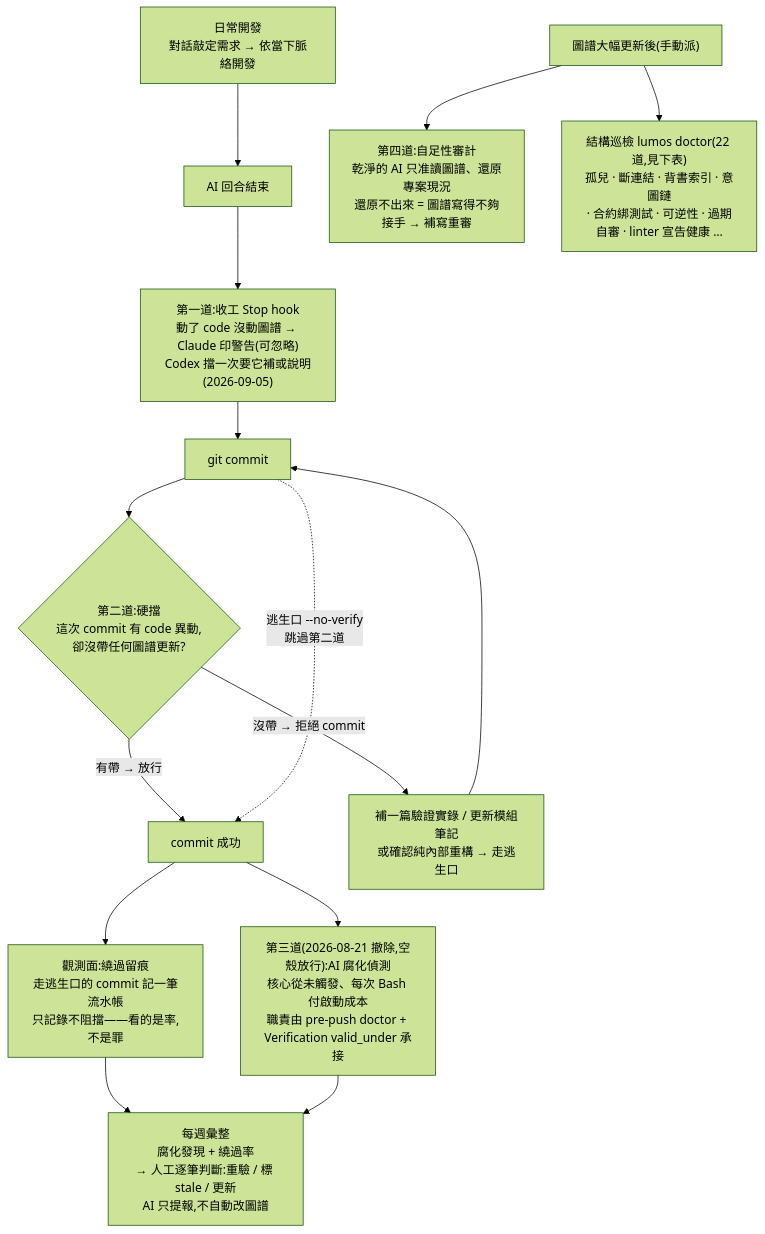
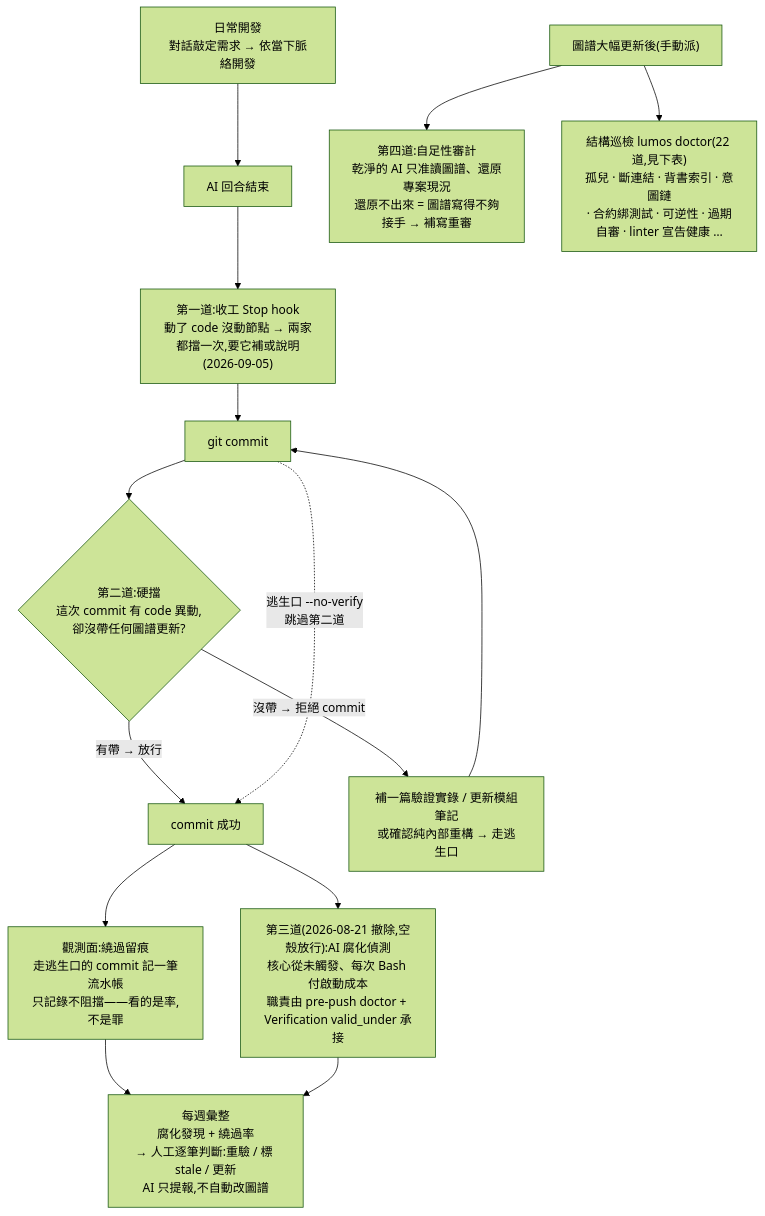
The second of 3 diagrams in docs/methodology/圖譜即合約.md (EnzoHsieh-Android/Lumos), drawn with Mermaid (forest theme) before and after one commit. The commit also changed other lines of this file and 20 other files, not shown here.

First line of the commit message:
fix+docs(README 審視五修): ①pre-commit/post-commit 認 shebang 腳本(scripts/lumos 五月起 26 次漏過)②收工擋一次兩家一致(Claude 舊 stderr 提醒官方文件明講模型看不到)③自主迴圈暫停派工(七週收斂 0、每週 210–330 美元;LUMOS_AUTOLOOP=1 開回)④README 中英補「成本與界線」一節⑤enforcement Codex 字句;文件與圖譜同步、兩條決策入帳

````diff
--- a/docs/methodology/圖譜即合約.md
+++ b/docs/methodology/圖譜即合約.md
@@ -97,18 +97,18 @@
 ```mermaid
 flowchart TB
     DEV["日常開發<br/>對話敲定需求 → 依當下脈絡開發"] --> TURN["AI 回合結束"]
-    TURN --> L1["第一道:收工 Stop hook<br/>動了 code 沒動圖譜 → Claude 印警告(可忽略)<br/>Codex 擋一次要它補或說明(2026-09-05)"]
+    TURN --> L1["第一道:收工 Stop hook<br/>動了 code 沒動節點 → 兩家都擋一次,要它補或說明(2026-09-05)"]
     L1 --> COMMIT["git commit"]
     COMMIT --> L2{"第二道:硬擋<br/>這次 commit 有 code 異動,<br/>卻沒帶任何圖譜更新?"}
     L2 -- "有帶 → 放行" --> OK["commit 成功"]
     L2 -- "沒帶 → 拒絕 commit" --> FIX["補一篇驗證實錄 / 更新模組筆記<br/>或確認純內部重構 → 走逃生口"]
     FIX --> COMMIT
     COMMIT -. "逃生口 --no-verify<br/>跳過第二道" .-> OK
     OK --> PC["觀測面:繞過留痕<br/>走逃生口的 commit 記一筆流水帳<br/>只記錄不阻擋——看的是率,不是罪"]
     OK --> L3["第三道(2026-08-21 撤除,空殼放行):AI 腐化偵測<br/>核心從未觸發、每次 Bash 付啟動成本<br/>職責由 pre-push doctor + Verification valid_under 承接"]
     PC --> DIGEST["每週彙整<br/>腐化發現 + 繞過率<br/>→ 人工逐筆判斷:重驗 / 標 stale / 更新<br/>AI 只提報,不自動改圖譜"]
     L3 --> DIGEST
 
     GU["圖譜大幅更新後(手動派)"] --> L4["第四道:自足性審計<br/>乾淨的 AI 只准讀圖譜、還原專案現況<br/>還原不出來 = 圖譜寫得不夠接手 → 補寫重審"]
     GU --> GD["結構巡檢 lumos doctor(22 道,見下表)<br/>孤兒 · 斷連結 · 背書索引 · 意圖鏈<br/>· 合約綁測試 · 可逆性 · 過期自審 · linter 宣告健康 …"]
 ```
````
